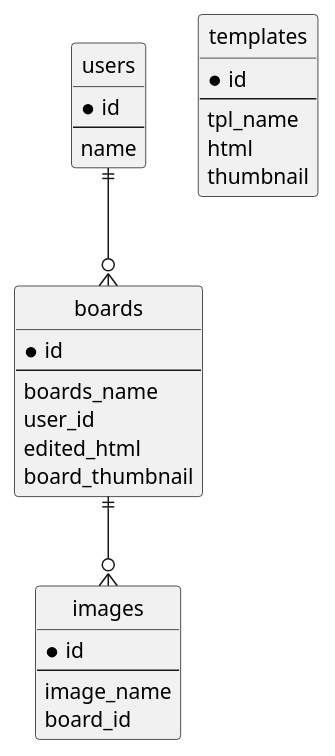
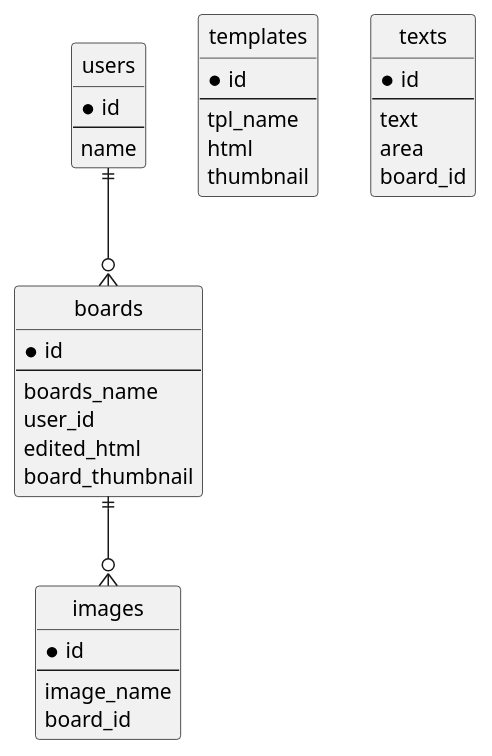
The diagram in temp.pu (shihoin2/mouse), drawn with PlantUML before and after one commit. The commit also changed 4 other files, not shown here.

```diff
--- a/temp.pu
+++ b/temp.pu
@@ -1,41 +1,49 @@
 @startuml VisionBoardDB
 
 ' hide the spot
 hide circle
 
 ' avoid problems with angled crows feet
 skinparam linetype ortho
 
 
 entity "users" as users {
 * id
 --
 name
 }
 
 
 entity "templates" as templates {
   *id
   --
   tpl_name
   html
   thumbnail
 }
 entity "boards" as boards {
   *id
   --
   boards_name
   user_id
   edited_html
   board_thumbnail
 }
 entity "images" as images {
   *id
   --
   image_name
   board_id
 }
 
+entity "texts" as texts {
+  *id
+  --
+  text
+  area
+  board_id
+}
+
 users ||--o{ boards
 boards ||--o{ images
 @enduml
```
